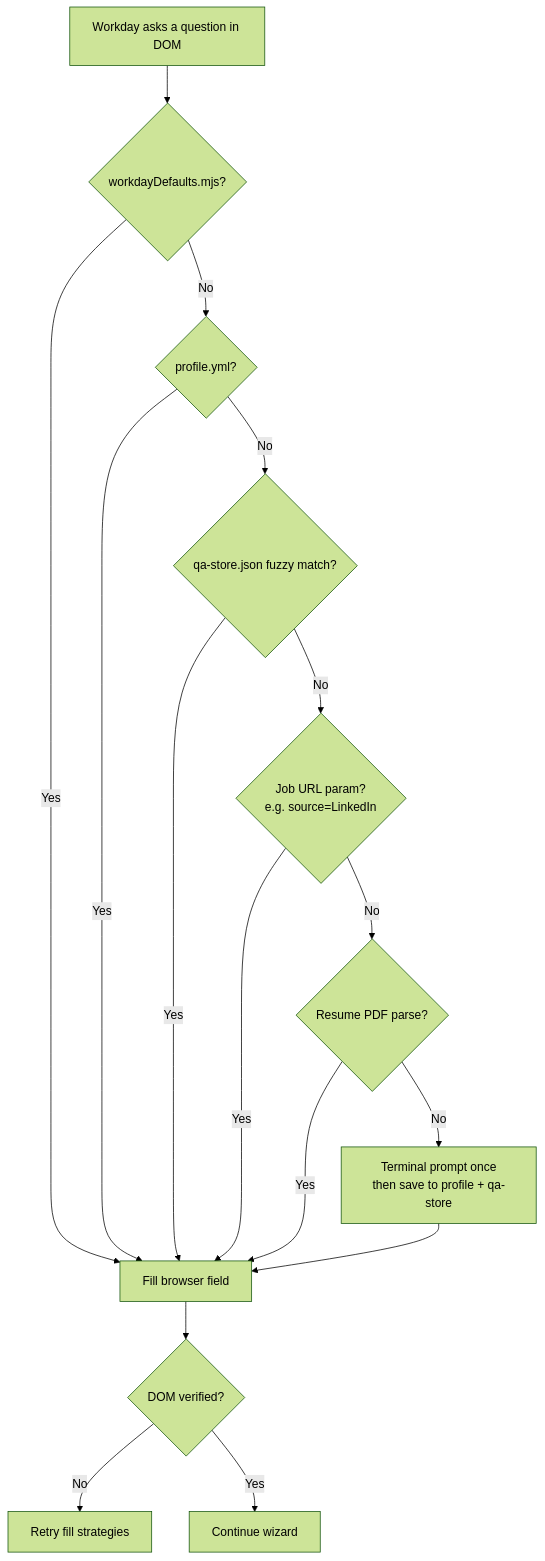
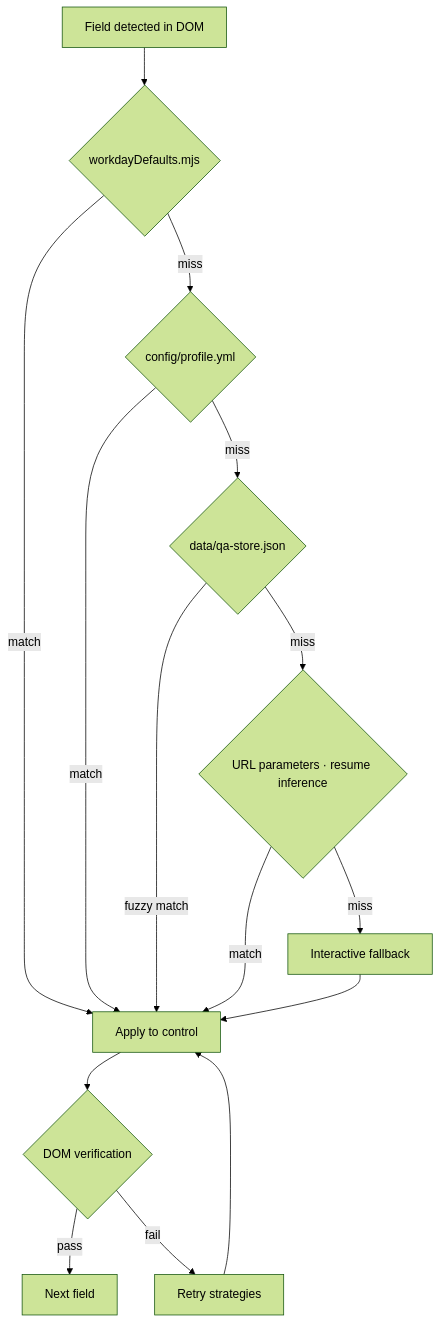
The third of 5 diagrams in README.md (ajithchandraapplywizz/Workday_Auto), drawn with Mermaid (forest theme) before and after one commit. The commit also changed other lines of this file, not shown here.

````diff
--- a/README.md
+++ b/README.md
@@ -106,18 +76,17 @@
 ```mermaid
 flowchart TD
-    Q[Workday asks a question in DOM] --> A1{workdayDefaults.mjs?}
-    A1 -->|Yes| FILL[Fill browser field]
-    A1 -->|No| A2{profile.yml?}
-    A2 -->|Yes| FILL
-    A2 -->|No| A3{qa-store.json fuzzy match?}
-    A3 -->|Yes| FILL
-    A3 -->|No| A4{Job URL param?<br/>e.g. source=LinkedIn}
-    A4 -->|Yes| FILL
-    A4 -->|No| A5{Resume PDF parse?}
-    A5 -->|Yes| FILL
-    A5 -->|No| A6[Terminal prompt once<br/>then save to profile + qa-store]
-    A6 --> FILL
-    FILL --> V{DOM verified?}
-    V -->|No| RETRY[Retry fill strategies]
-    V -->|Yes| DONE[Continue wizard]
+    Q[Field detected in DOM] --> L1{workdayDefaults.mjs}
+    L1 -->|match| F[Apply to control]
+    L1 -->|miss| L2{config/profile.yml}
+    L2 -->|match| F
+    L2 -->|miss| L3{data/qa-store.json}
+    L3 -->|fuzzy match| F
+    L3 -->|miss| L4{URL parameters · resume inference}
+    L4 -->|match| F
+    L4 -->|miss| L5[Interactive fallback]
+    L5 --> F
+    F --> V{DOM verification}
+    V -->|pass| N[Next field]
+    V -->|fail| R[Retry strategies]
+    R --> F
 ```
````
